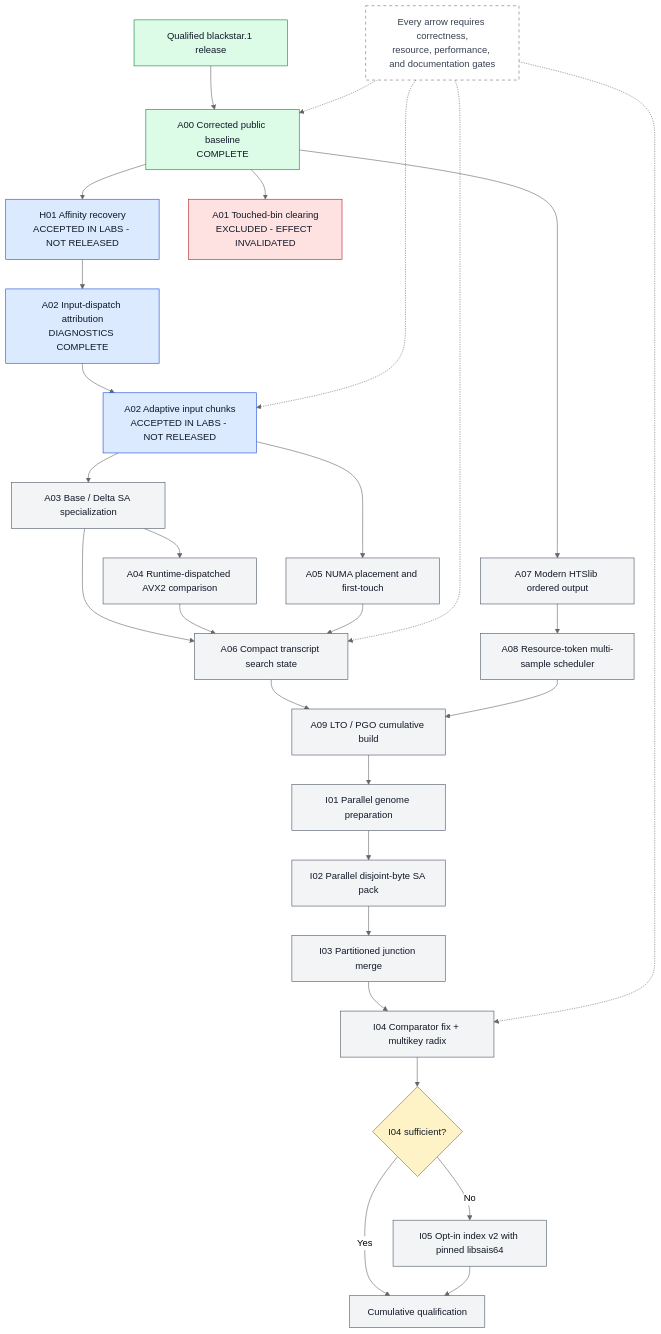
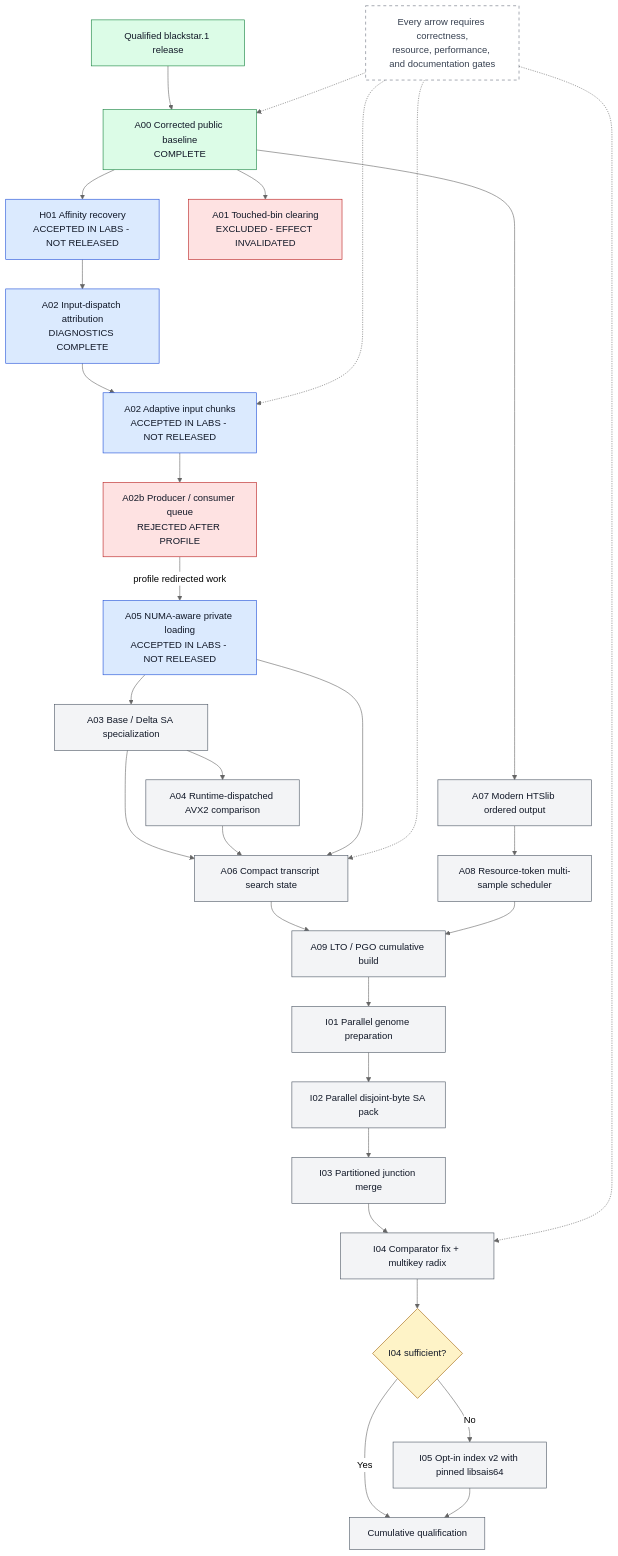
Before and after one commit to justinblethrow-cloud/STAR: the diagram in docs/architecture/diagrams/src/F14-roadmap.mmd, drawn with Mermaid (neutral theme). The commit also changed 18 other files, not shown here.

```diff
--- a/docs/architecture/diagrams/src/F14-roadmap.mmd
+++ b/docs/architecture/diagrams/src/F14-roadmap.mmd
@@ -1,42 +1,43 @@
 flowchart TD
     RELEASE["Qualified blackstar.1 release"] --> A00["A00 Corrected public baseline<br/>COMPLETE"]
     A00 --> H01["H01 Affinity recovery<br/>ACCEPTED IN LABS - NOT RELEASED"]
     A00 --> A01["A01 Touched-bin clearing<br/>EXCLUDED - EFFECT INVALIDATED"]
     H01 --> A02D["A02 Input-dispatch attribution<br/>DIAGNOSTICS COMPLETE"]
     A02D --> A02["A02 Adaptive input chunks<br/>ACCEPTED IN LABS - NOT RELEASED"]
-    A02 --> A03["A03 Base / Delta SA specialization"]
+    A02 --> A02B["A02b Producer / consumer queue<br/>REJECTED AFTER PROFILE"]
+    A02B -->|profile redirected work| A05["A05 NUMA-aware private loading<br/>ACCEPTED IN LABS - NOT RELEASED"]
+    A05 --> A03["A03 Base / Delta SA specialization"]
     A03 --> A04["A04 Runtime-dispatched AVX2 comparison"]
-    A02 --> A05["A05 NUMA placement and first-touch"]
     A03 --> A06["A06 Compact transcript search state"]
     A04 --> A06
     A05 --> A06
     A00 --> A07["A07 Modern HTSlib ordered output"]
     A07 --> A08["A08 Resource-token multi-sample scheduler"]
     A06 --> A09["A09 LTO / PGO cumulative build"]
     A08 --> A09
     A09 --> I01["I01 Parallel genome preparation"]
     I01 --> I02["I02 Parallel disjoint-byte SA pack"]
     I02 --> I03["I03 Partitioned junction merge"]
     I03 --> I04["I04 Comparator fix + multikey radix"]
     I04 --> DECIDE{"I04 sufficient?"}
     DECIDE -->|Yes| QUAL["Cumulative qualification"]
     DECIDE -->|No| I05["I05 Opt-in index v2 with pinned libsais64"]
     I05 --> QUAL
 
     GATE["Every arrow requires correctness,<br/>resource, performance, and documentation gates"] -.-> A00
     GATE -.-> A02
     GATE -.-> A06
     GATE -.-> I04
 
     classDef accepted fill:#dcfce7,stroke:#15803d,color:#111827;
     classDef active fill:#dbeafe,stroke:#1d4ed8,color:#111827;
     classDef rejected fill:#fee2e2,stroke:#b91c1c,color:#111827;
     classDef proposed fill:#f3f4f6,stroke:#4b5563,color:#111827;
     classDef decision fill:#fef3c7,stroke:#a16207,color:#111827;
     classDef note fill:#ffffff,stroke:#6b7280,color:#374151,stroke-dasharray: 5 5;
     class RELEASE,A00 accepted;
-    class H01,A02D,A02 active;
-    class A01 rejected;
-    class A03,A04,A05,A06,A07,A08,A09,I01,I02,I03,I04,I05,QUAL proposed;
+    class H01,A02D,A02,A05 active;
+    class A01,A02B rejected;
+    class A03,A04,A06,A07,A08,A09,I01,I02,I03,I04,I05,QUAL proposed;
     class DECIDE decision;
     class GATE note;
```
